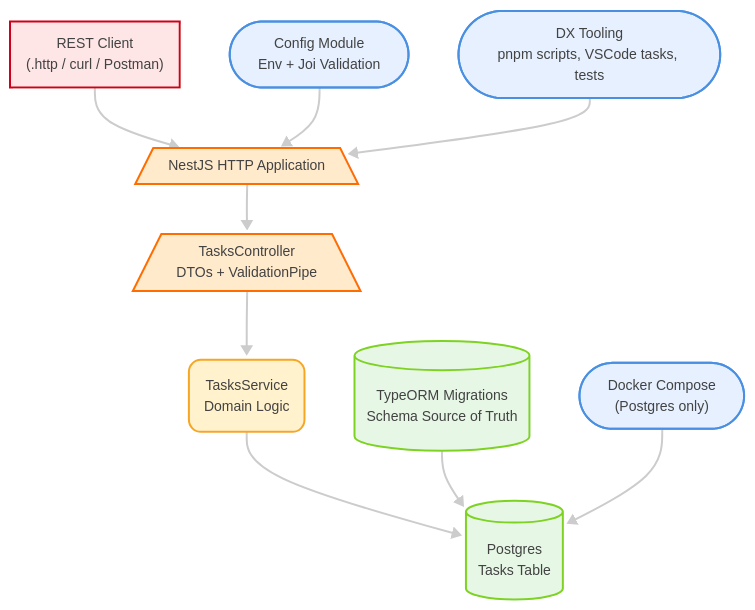
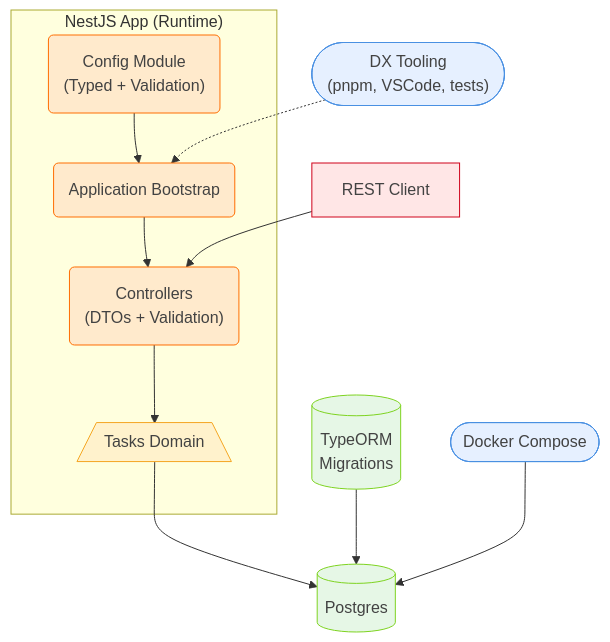
The diagram in docs/architecture/diagrams/scratch-technical-mvp.mmd (occamarazor/scratch), drawn with Mermaid before and after one commit. The commit also changed 5 other files, not shown here.

Commit message:
Docs: architecture diagrams updated

```diff
--- a/docs/architecture/diagrams/scratch-technical-mvp.mmd
+++ b/docs/architecture/diagrams/scratch-technical-mvp.mmd
@@ -1,46 +1,53 @@
----
-config:
-  theme: redux-dark
-  look: neo
-  layout: dagre
----
+%% =========================
+%% MVP Technical View — Phase 1
+%% =========================
 flowchart TB
-    Client["REST Client<br>(.http / curl / Postman)"]
-    Config["Config Module<br>Env + Joi Validation"]
-    DevTools["DX Tooling<br>pnpm scripts, VSCode tasks, tests"]
-    App["NestJS HTTP Application"]
-    Controllers["TasksController<br>DTOs + ValidationPipe"]
-    Services["TasksService<br>Domain Logic"]
-    DB["Postgres<br>Tasks Table"]
-    Migrations["TypeORM Migrations<br>Schema Source of Truth"]
-    Docker["Docker Compose<br>(Postgres only)"]
+    Client["REST Client"]
 
-    Client --> App
-    App --> Controllers
-    Controllers --> Services
-    Services --> DB
+    subgraph Runtime["NestJS App (Runtime)"]
+        App["Application Bootstrap"]
+        Controllers["Controllers<br>(DTOs + Validation)"]
+        Domain["Tasks Domain"]
+        Config["Config Module<br>(Typed + Validation)"]
+
+        Controllers --> Domain
+        Config --> App
+        App --> Controllers
+    end
+
+    DB[("Postgres")]
+    Migrations[("TypeORM<br>Migrations")]
+
+    DevTools["DX Tooling<br>(pnpm, VSCode, tests)"]
+    Docker["Docker Compose"]
+
+    Client --> Controllers
+    Domain --> DB
     Migrations --> DB
-    Config --> App
     Docker --> DB
-    DevTools --> App
+    DevTools -.-> App
 
-    Config@{ shape: stadium }
-    DevTools@{ shape: stadium }
-    App@{ shape: trap-b }
-    Controllers@{ shape: trap-b }
-    Services@{ shape: rounded }
+    %% Shapes
+    Client@{ shape: rect }
+    App@{ shape: rounded }
+    Controllers@{ shape: rounded }
+    Domain@{ shape: trap-b }
+    Config@{ shape: rounded }
     DB@{ shape: cyl }
     Migrations@{ shape: cyl }
+    DevTools@{ shape: stadium }
     Docker@{ shape: stadium }
 
+    %% Classes
+    class Client clients
+    class App,Controllers,Config app
+    class Domain domain
+    class DB,Migrations persistence
+    class DevTools,Docker infra
+
+    %% Palette (Authoritative)
     classDef clients fill:#ffe6e6,stroke:#d0021b,color:#424242;
-    classDef app fill:#ffeacc,stroke:#ff6d00,color:#424242
-    classDef domain fill:#fff2cc,stroke:#f5a623,color:#424242
+    classDef app fill:#ffeacc,stroke:#ff6d00,color:#424242;
+    classDef domain fill:#fff2cc,stroke:#f5a623,color:#424242;
     classDef persistence fill:#e6f7e6,stroke:#7ed321,color:#424242;
     classDef infra fill:#e6f0ff,stroke:#4a90e2,color:#424242;
-
-    class Client clients
-    class App,Controllers app
-    class Services domain
-    class DB,Migrations persistence
-    class Config,DevTools,Docker infra
```
